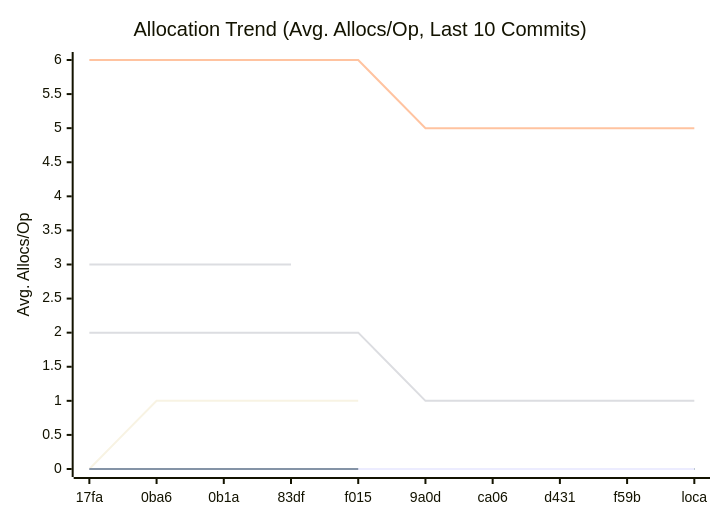
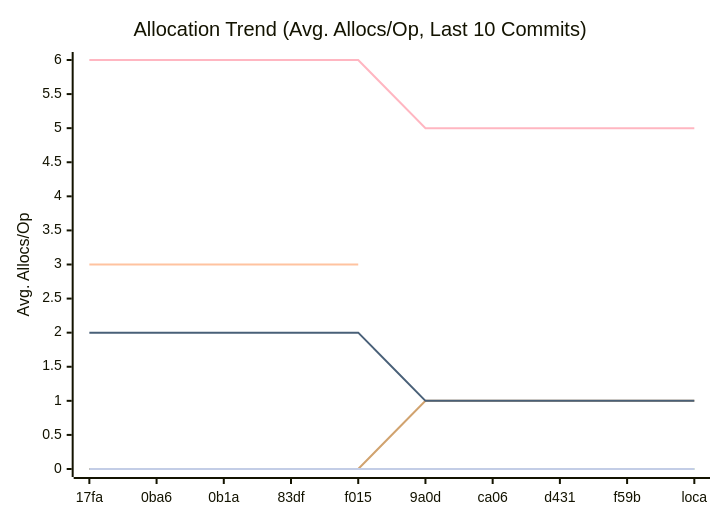
One commit to alsotoes/momo changed the third of 3 diagrams in docs/PERFORMANCE.md. Above: the diagram before and after it, drawn with Mermaid. The commit also changed other lines of this file and 2 other files, not shown here.

````diff
--- a/docs/PERFORMANCE.md
+++ b/docs/PERFORMANCE.md
@@ -122,21 +112,16 @@
 ```mermaid
 xychart-beta
     title "Allocation Trend (Avg. Allocs/Op, Last 10 Commits)"
     x-axis "Commit"
     y-axis "Avg. Allocs/Op"
     x-axis [17fa,0ba6,0b1a,83df,f015,9a0d,ca06,d431,f59b,loca]
     line "CheckMetricsAndSwap" [0,0,0,0,0,0,0,0,0,0]
-    line "CheckMetricsAndSwap" [0,0,0,0,0]
-    line "CrushOptimized" [0,0,0,0]
-    line "CrushOriginal" [3,3,3,3]
+    line "CrushOptimized" [0,0,0,0,0]
+    line "CrushOriginal" [3,3,3,3,3]
     line "IndexDirectTracking" [0,0,0,0,0,0,0,0,0,0]
-    line "IndexDirectTracking" [0,0,0,0,0]
     line "IndexSearch" [0,0,0,0,0,0,0,0,0,0]
-    line "IndexSearch" [0,0,0,0,0]
-    line "LoadGlobalConfig" [0,0,0,0,0,0,0,0,0,0]
-    line "LoadGlobalConfig" [0,1,1,1,1]
+    line "LoadGlobalConfig" [0,0,0,0,0,1,1,1,1,1]
     line "PadString" [0,0,0,0,0,0,0,0,0,0]
-    line "PadString" [0,0,0,0,0]
     line "ParseReplicationOrder_NoPrealloc" [6,6,6,6,6,5,5,5,5,5]
     line "ParseReplicationOrder_Prealloc" [2,2,2,2,2,1,1,1,1,1]
 ```
````
